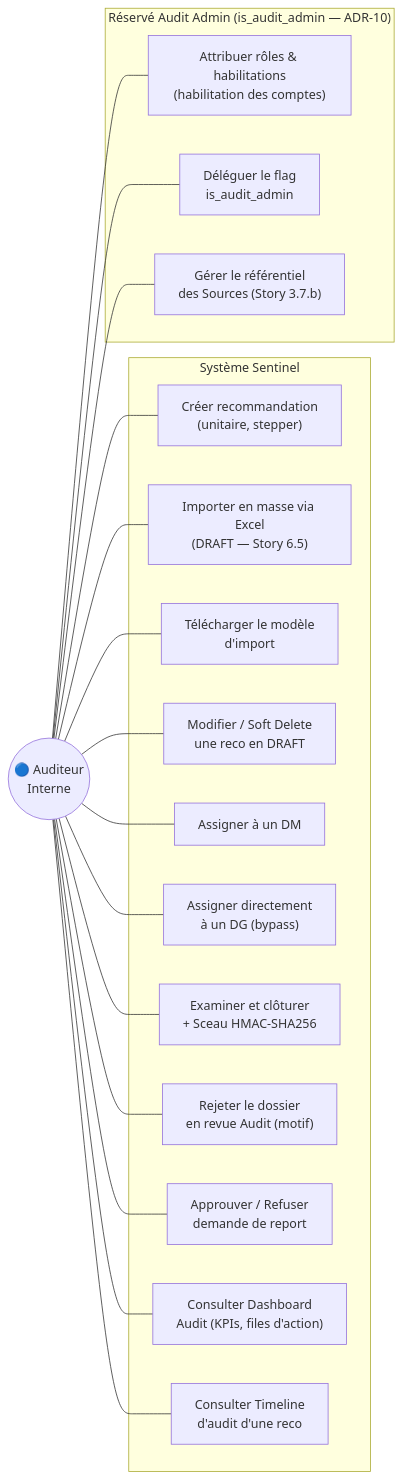
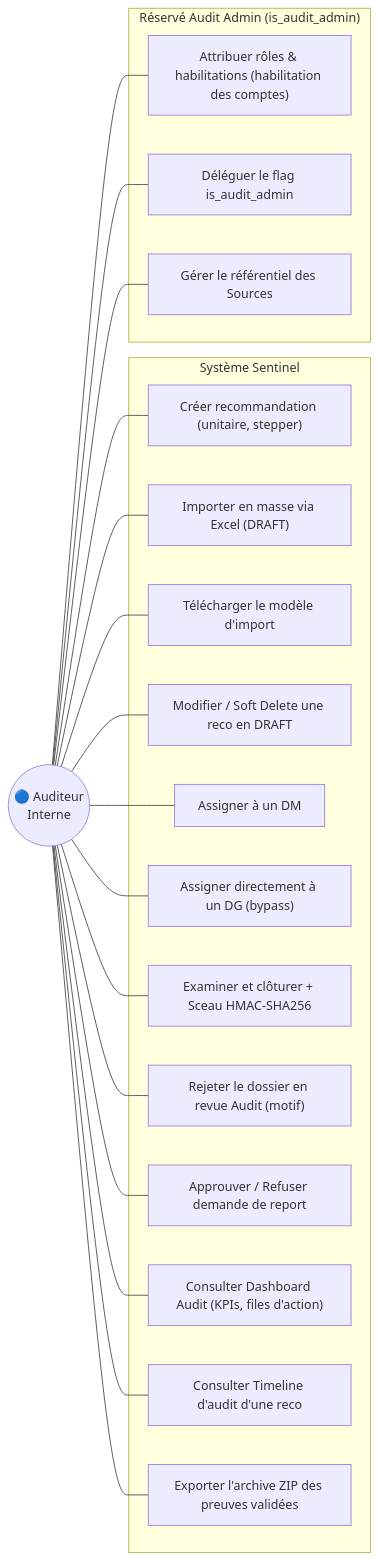
Diagram 14 of 26 in _bmad-output/planning-artifacts/system-diagrams.md (Tchendjou2003/bicec--Sentinel), drawn with Mermaid before and after one commit. The commit also changed other lines of this file, not shown here.

Commit message:
docs(bmad): mise à jour system-diagrams.md v2.0

````diff
--- a/_bmad-output/planning-artifacts/system-diagrams.md
+++ b/_bmad-output/planning-artifacts/system-diagrams.md
@@ -1033,39 +1092,41 @@
 ```mermaid
 flowchart LR
-    subgraph "Système Sentinel"
-        UC1["Créer recommandation\n(unitaire, stepper)"]
-        UC2["Importer en masse via Excel\n(DRAFT — Story 6.5)"]
-        UC3["Télécharger le modèle\nd'import"]
-        UC4["Modifier / Soft Delete\nune reco en DRAFT"]
-        UC5["Assigner à un DM"]
-        UC6["Assigner directement\nà un DG (bypass)"]
-        UC7["Examiner et clôturer\n+ Sceau HMAC-SHA256"]
-        UC8["Rejeter le dossier\nen revue Audit (motif)"]
-        UC9["Approuver / Refuser\ndemande de report"]
-        UC10["Consulter Dashboard\nAudit (KPIs, files d'action)"]
-        UC11["Consulter Timeline\nd'audit d'une reco"]
-    end
+  subgraph "Système Sentinel"
+    UC1["Créer recommandation (unitaire, stepper)"]
+    UC2["Importer en masse via Excel (DRAFT)"]
+    UC3["Télécharger le modèle d'import"]
+    UC4["Modifier / Soft Delete une reco en DRAFT"]
+    UC5["Assigner à un DM"]
+    UC6["Assigner directement à un DG (bypass)"]
+    UC7["Examiner et clôturer + Sceau HMAC-SHA256"]
+    UC8["Rejeter le dossier en revue Audit (motif)"]
+    UC9["Approuver / Refuser demande de report"]
+    UC10["Consulter Dashboard Audit (KPIs, files d'action)"]
+    UC11["Consulter Timeline d'audit d'une reco"]
+    UC12["Exporter l'archive ZIP des preuves validées"]
+  end
 
-    subgraph "Réservé Audit Admin (is_audit_admin — ADR-10)"
-        UC12["Attribuer rôles & habilitations\n(habilitation des comptes)"]
-        UC13["Déléguer le flag\nis_audit_admin"]
-        UC14["Gérer le référentiel\ndes Sources (Story 3.7.b)"]
-    end
+  subgraph "Réservé Audit Admin (is_audit_admin)"
+    UC13["Attribuer rôles & habilitations (habilitation des comptes)"]
+    UC14["Déléguer le flag is_audit_admin"]
+    UC15["Gérer le référentiel des Sources"]
+  end
 
-    AU(("🔵 Auditeur\nInterne"))
+  AU(("🔵 Auditeur\nInterne"))
 
-    AU --- UC1
-    AU --- UC2
-    AU --- UC3
-    AU --- UC4
-    AU --- UC5
-    AU --- UC6
-    AU --- UC7
-    AU --- UC8
-    AU --- UC9
-    AU --- UC10
-    AU --- UC11
-    AU --- UC12
-    AU --- UC13
-    AU --- UC14
+  AU --- UC1
+  AU --- UC2
+  AU --- UC3
+  AU --- UC4
+  AU --- UC5
+  AU --- UC6
+  AU --- UC7
+  AU --- UC8
+  AU --- UC9
+  AU --- UC10
+  AU --- UC11
+  AU --- UC12
+  AU --- UC13
+  AU --- UC14
+  AU --- UC15
 ```
````
